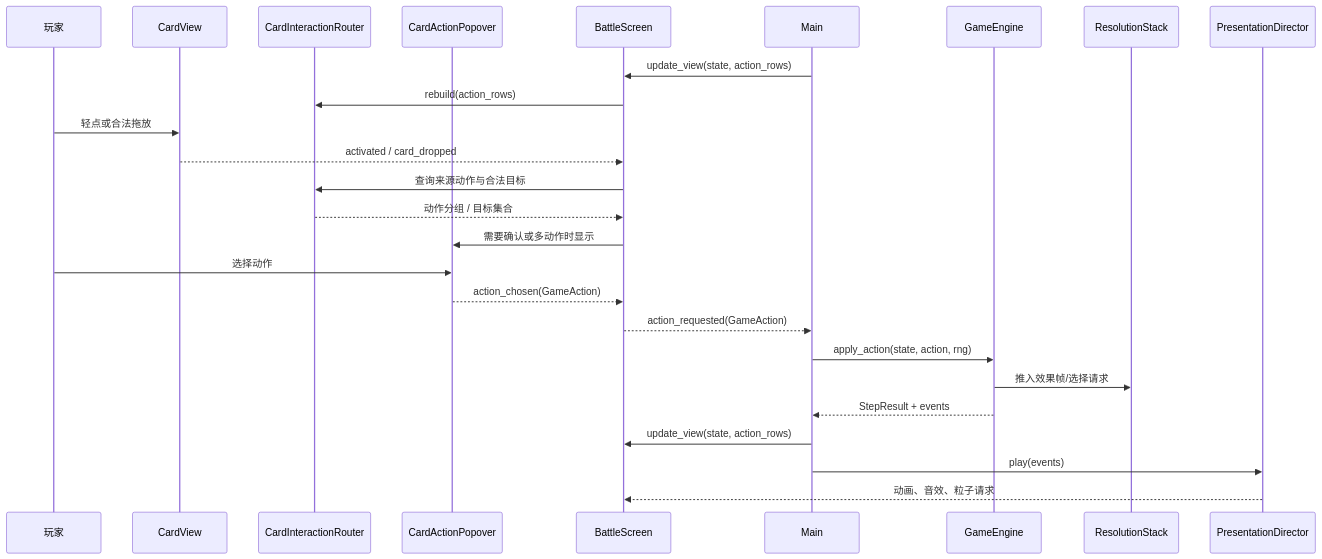
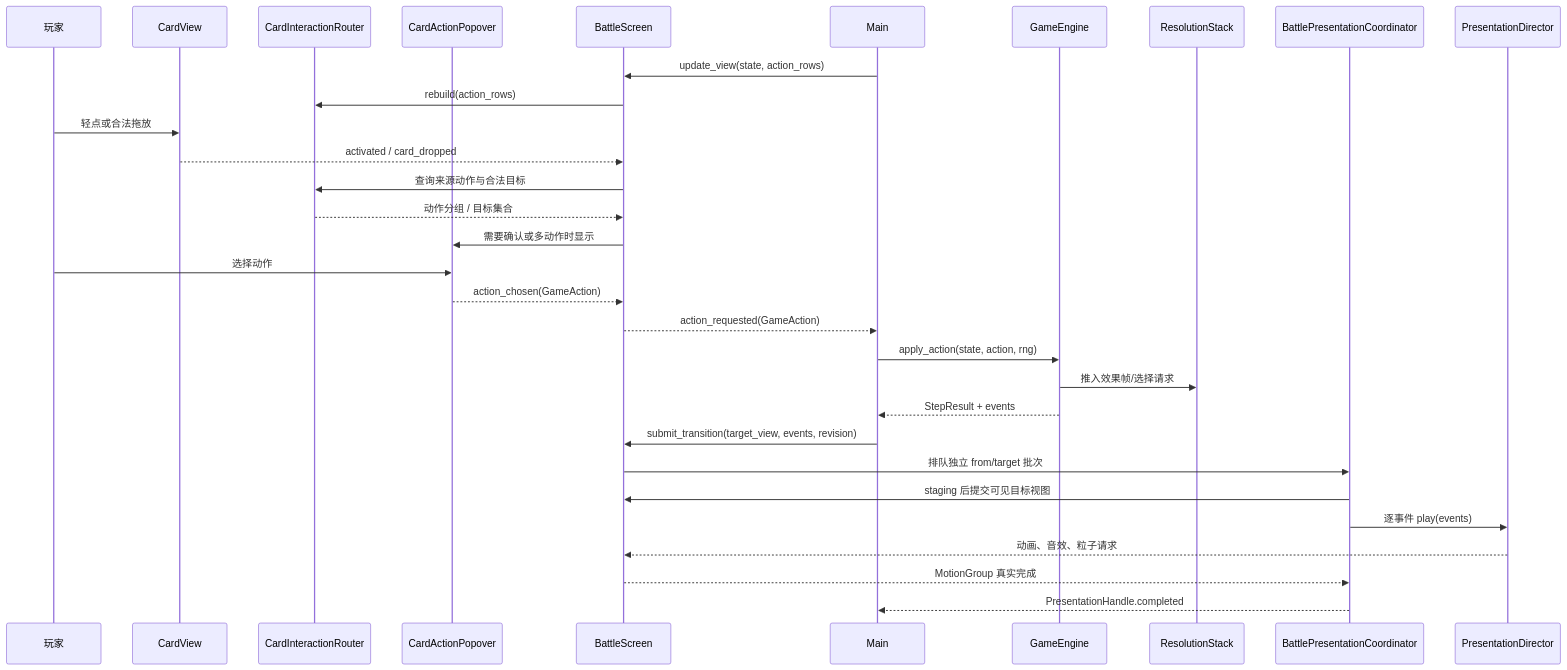
One commit to Endnight-ZHW/PokemonTCG changed the second of 3 diagrams in docs/GODOT_DEVELOPMENT_GUIDE.md. Above: the diagram before and after it, drawn with Mermaid. The commit also changed other lines of this file and 79 other files, not shown here.

````diff
--- a/docs/GODOT_DEVELOPMENT_GUIDE.md
+++ b/docs/GODOT_DEVELOPMENT_GUIDE.md
@@ -643,29 +659,34 @@
 ```mermaid
 sequenceDiagram
     participant Player as 玩家
     participant Card as CardView
     participant Router as CardInteractionRouter
     participant Popover as CardActionPopover
     participant Battle as BattleScreen
     participant Main
     participant Engine as GameEngine
     participant Stack as ResolutionStack
+    participant Coordinator as BattlePresentationCoordinator
     participant Present as PresentationDirector
 
     Main->>Battle: update_view(state, action_rows)
     Battle->>Router: rebuild(action_rows)
     Player->>Card: 轻点或合法拖放
     Card-->>Battle: activated / card_dropped
     Battle->>Router: 查询来源动作与合法目标
     Router-->>Battle: 动作分组 / 目标集合
     Battle->>Popover: 需要确认或多动作时显示
     Player->>Popover: 选择动作
     Popover-->>Battle: action_chosen(GameAction)
     Battle-->>Main: action_requested(GameAction)
     Main->>Engine: apply_action(state, action, rng)
     Engine->>Stack: 推入效果帧/选择请求
     Engine-->>Main: StepResult + events
-    Main->>Battle: update_view(state, action_rows)
-    Main->>Present: play(events)
+    Main->>Battle: submit_transition(target_view, events, revision)
+    Battle->>Coordinator: 排队独立 from/target 批次
+    Coordinator->>Battle: staging 后提交可见目标视图
+    Coordinator->>Present: 逐事件 play(events)
     Present-->>Battle: 动画、音效、粒子请求
+    Battle-->>Coordinator: MotionGroup 真实完成
+    Coordinator-->>Main: PresentationHandle.completed
 ```
````
